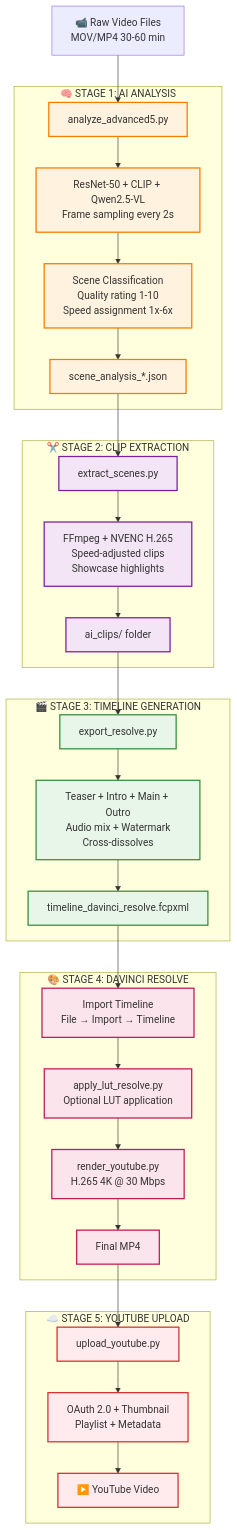
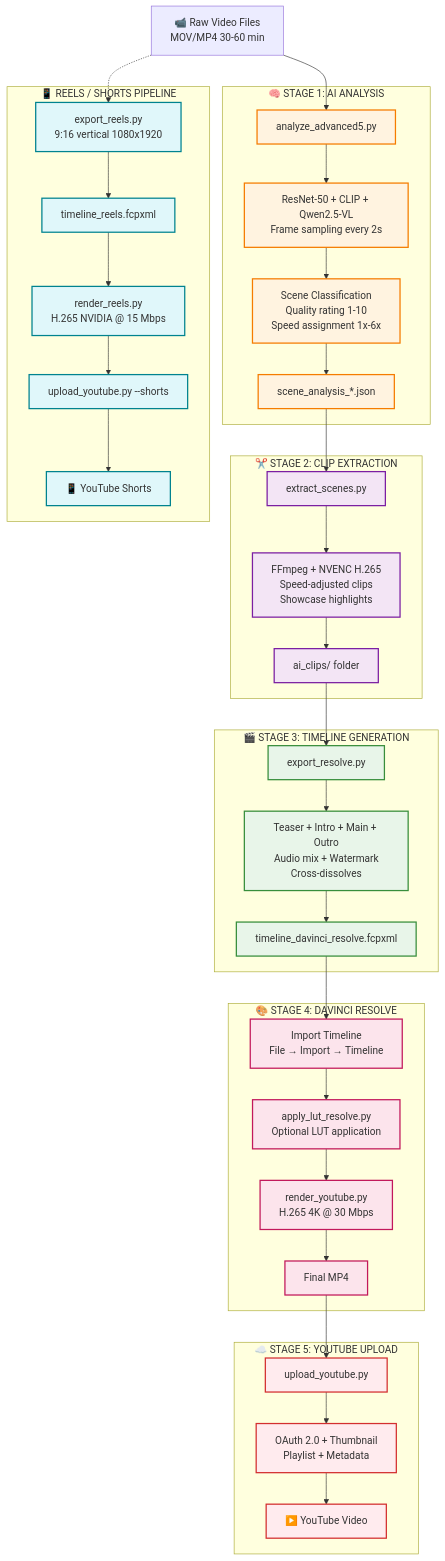
Before and after one commit to iBobbyTS/ai-video-editor: the first of 3 diagrams in README.md, drawn with Mermaid. The commit also changed other lines of this file, not shown here.

````diff
--- a/README.md
+++ b/README.md
@@ -208,6 +214,15 @@
         YT[▶️ YouTube Video]
     end
     
+    %% Reels Pipeline
+    subgraph SR[" 📱 REELS / SHORTS PIPELINE "]
+        REELS_EXP[export_reels.py<br/>9:16 vertical 1080x1920]
+        REELS_XML[timeline_reels.fcpxml]
+        REELS_RENDER[render_reels.py<br/>H.265 NVIDIA @ 15 Mbps]
+        REELS_UP[upload_youtube.py --shorts]
+        SHORTS[📱 YouTube Shorts]
+    end
+    
     %% Flow
     RAW --> ANALYZE
     ANALYZE --> MODELS
@@ -231,7 +246,15 @@
     UPLOAD --> AUTH
     AUTH --> YT
     
+    %% Reels flow
+    RAW -.-> REELS_EXP
+    REELS_EXP --> REELS_XML
+    REELS_XML --> REELS_RENDER
+    REELS_RENDER --> REELS_UP
+    REELS_UP --> SHORTS
+    
     %% Styling
+    classDef stageR fill:#e0f7fa,stroke:#00838f,stroke-width:2px
     classDef stage1 fill:#fff3e0,stroke:#f57c00,stroke-width:2px
     classDef stage2 fill:#f3e5f5,stroke:#7b1fa2,stroke-width:2px
     classDef stage3 fill:#e8f5e9,stroke:#388e3c,stroke-width:2px
@@ -243,4 +266,5 @@
     class TIMELINE,BUILD,FCPXML stage3
     class IMPORT,LUT,RENDER,MP4 stage4
     class UPLOAD,AUTH,YT stage5
+    class REELS_EXP,REELS_XML,REELS_RENDER,REELS_UP,SHORTS stageR
 ```
````
